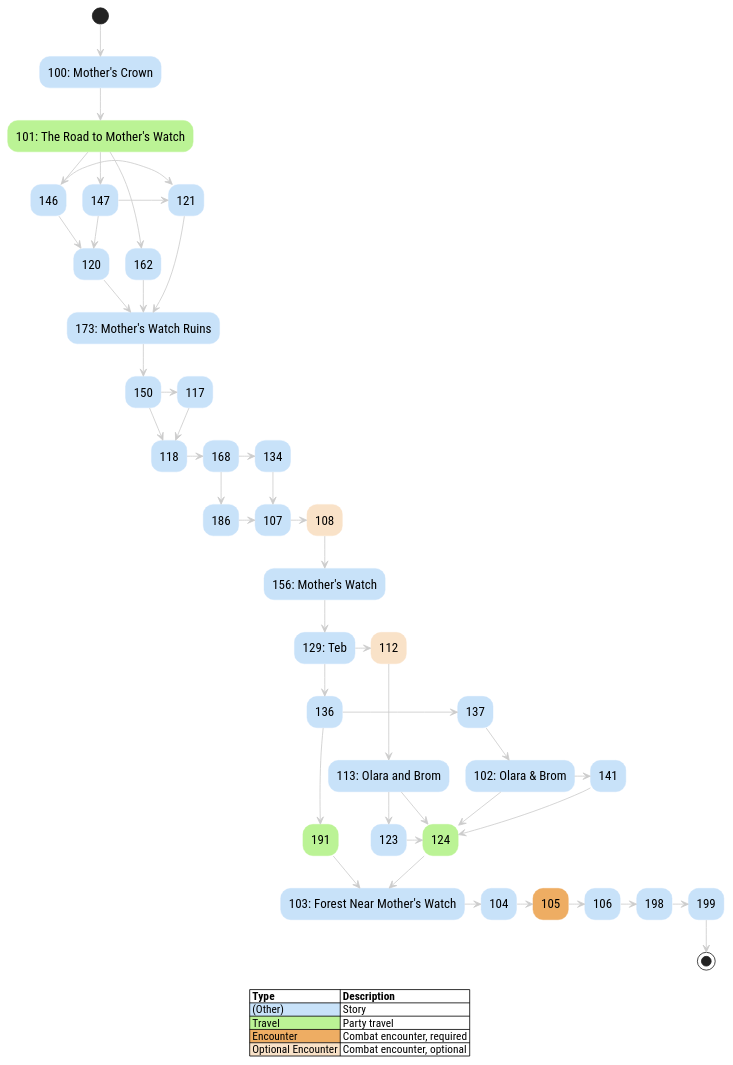
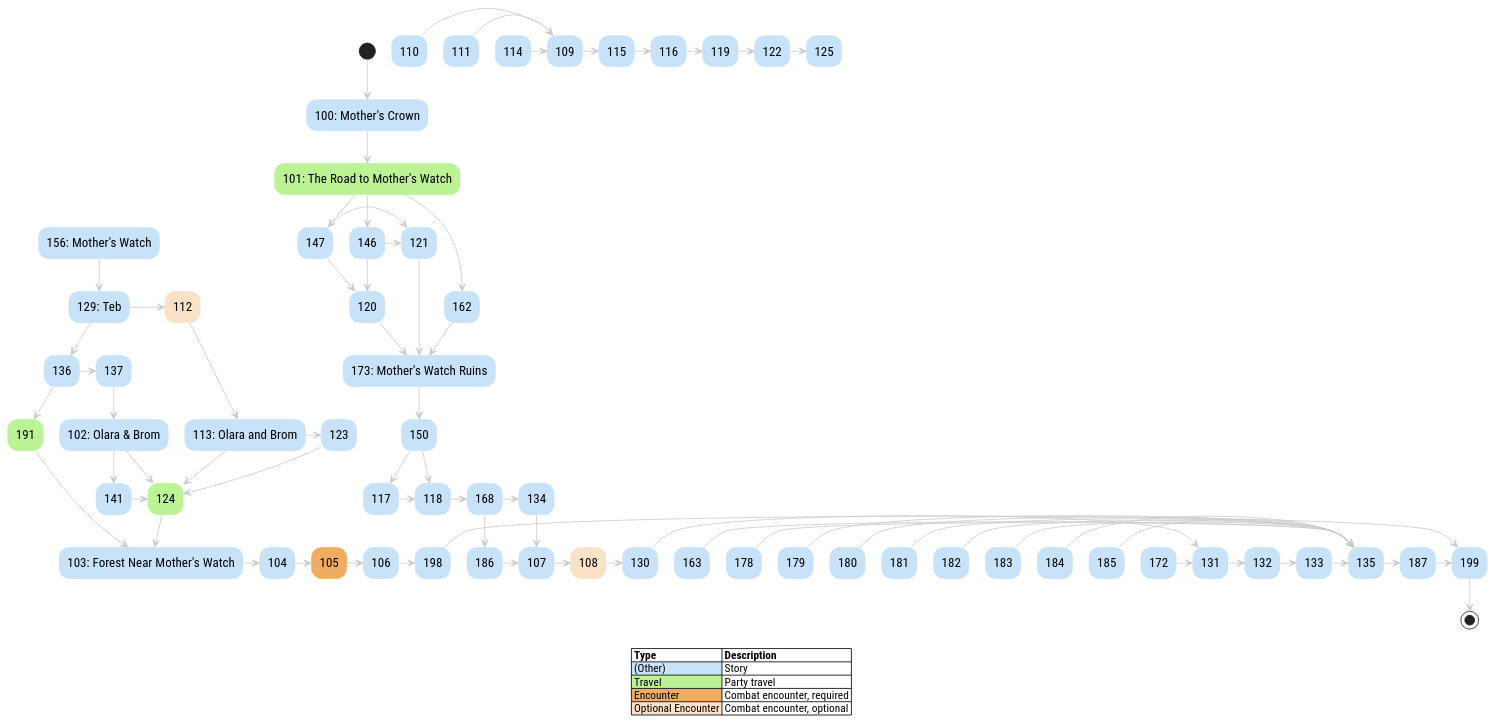
The diagram in assets/puml/story-iaso-graph.puml (rickosborne/skyline), drawn with PlantUML before and after one commit. The commit also changed 45 other files, not shown here.

```diff
--- a/assets/puml/story-iaso-graph.puml
+++ b/assets/puml/story-iaso-graph.puml
@@ -1,88 +1,112 @@
 @startuml
 
 ' title IASO Story Graph
 
 skinparam {
 	DefaultFontName Roboto Condensed
 	DefaultFontSize 16
 	shadowing false
 	HyperlinkUnderline false
 	HyperlinkColor #000000
 
 	
 	ArrowColor #cccccc
 	BackgroundColor #ffffff
 	
 	ActivityBackgroundColor #C8E2F9
 	ActivityBorderColor #C8E2F9
 
   ActivityBackgroundColor<<NotStarted>> #ffff99
   ActivityBorderColor<<NotStarted>> #ffff99
   ActivityBackgroundColor<<TODO>> #eeffcc
   ActivityBorderColor<<TODO>> #eeffcc
   ActivityBackgroundColor<<OptionalEncounter>> #F9E2C8
   ActivityBorderColor<<OptionalEncounter>> #F9E2C8
   ActivityBackgroundColor<<Encounter>> #EEAD63
   ActivityBorderColor<<Encounter>> #EEAD63
   ActivityBackgroundColor<<Travel>> #BBF395
   ActivityBorderColor<<Travel>> #BBF395
 	LegendBackgroundColor transparent
 	LegendBorderColor transparent
 	LegendBorderThickness 0
 }
 
 (*) --> "[[100-mothers-crown.html 100: Mother's Crown]]" as e100 
 e100 --> "[[101-road-to-mothers-watch.html 101: The Road to Mother's Watch]]" as e101 <<Travel>>
 e101 -> "[[146-scrappers-deaf.html 146]]" as e146 
 e101 --> "[[147-striders-blind.html 147]]" as e147 
 e101 --> "[[162-scrappers-surprise.html 162]]" as e162 
 "[[102-olaras-cave.html 102: Olara & Brom]]" as e102  -> "[[141-iaso-brom.html 141]]" as e141 
 e102 --> "[[124-back-to-mothers-watch.html 124]]" as e124 <<Travel>>
 "[[103-cardiac-event.html 103: Forest Near Mother's Watch]]" as e103  -> "[[104-clear.html 104]]" as e104 
 e104 -> "[[105-striders.html 105]]" as e105 <<Encounter>>
 e105 -> "[[106-all-mother-mountain.html 106]]" as e106 
 e106 -> "[[198-corruptor-module.html 198]]" as e198 
 "[[107-lab.html 107]]" as e107  -> "[[108-exit.html 108]]" as e108 <<OptionalEncounter>>
-e108 --> "[[156-mothers-watch.html 156: Mother's Watch]]" as e156 
+e108 -> "[[130-mothers-watch-afternoon.html 130]]" as e130 
+"[[109-dinner.html 109]]" as e109  -> "[[115-lodging.html 115]]" as e115 
+"[[110-carja-refugee-family.html 110]]" as e110  -> e109
+"[[111-tradespeople.html 111]]" as e111  -> e109
 "[[112-leave-tonight.html 112]]" as e112 <<OptionalEncounter>> --> "[[113-olara-and-brom-night.html 113: Olara and Brom]]" as e113 
 e113 -> "[[123-iaso-brom-olara.html 123]]" as e123 
 e113 --> e124
+"[[114-grethe-uln-jineko.html 114]]" as e114  -> e109
+e115 -> "[[116-logging.html 116]]" as e116 
+e116 -> "[[119-timber-and-striders.html 119]]" as e119 
 "[[117-medical-focus.html 117]]" as e117  -> "[[118-focus.html 118]]" as e118 
 e118 -> "[[168-power-wall.html 168]]" as e168 
+e119 -> "[[122-lumber-carts.html 122]]" as e122 
 "[[120-scrappers-incoming.html 120]]" as e120  --> "[[173-ruins-entrance.html 173: Mother's Watch Ruins]]" as e173 
 "[[121-scrappers-treeline.html 121]]" as e121  --> e173
+e122 -> "[[125-investigate.html 125]]" as e125 
 e123 -> e124
 e124 --> e103
 "[[129-teb.html 129: Teb]]" as e129  -> e112
 e129 --> "[[136-leave-tomorrow.html 136]]" as e136 
+e130 -> "[[131-jineko-focus.html 131]]" as e131 
+e131 -> "[[132-second-dinner.html 132]]" as e132 
+e132 -> "[[133-midnight.html 133]]" as e133 
+e133 -> "[[135-ruins-night.html 135]]" as e135 
 "[[134-synchronize.html 134]]" as e134  -> e107
+e135 -> "[[187-search-complete.html 187]]" as e187 
 e136 -> "[[137-leave-morning.html 137]]" as e137 
 e136 --> "[[191-not-interested.html 191]]" as e191 <<Travel>>
 e137 --> e102
 e141 -> e124
 e146 -> e121
 e146 --> e120
 e147 -> e121
 e147 --> e120
 "[[150-the-blinking-light.html 150]]" as e150  -> e117
 e150 --> e118
-e156 --> e129
+"[[156-mothers-watch.html 156: Mother's Watch]]" as e156  --> e129
 e162 --> e173
+"[[163-jineko-focus-night-bts.html 163]]" as e163  -> e135
 e168 -> e134
 e168 --> "[[186-no-synchronize.html 186]]" as e186 
+"[[172-jineko-focus-bts.html 172]]" as e172  -> e131
 e173 --> e150
+"[[178-ostealign.html 178]]" as e178  -> e135
+"[[179-nanopatch.html 179]]" as e179  -> e135
+"[[180-neural-interface.html 180]]" as e180  -> e135
+"[[181-hover-harness.html 181]]" as e181  -> e135
+"[[182-wheelchair.html 182]]" as e182  -> e135
+"[[183-hoverchair.html 183]]" as e183  -> e135
+"[[184-autosuture.html 184]]" as e184  -> e135
+"[[185-medbed.html 185]]" as e185  -> e135
 e186 -> e107
+e187 -> "[[199-what-next.html 199]]" as e199 
 e191 --> e103
-e198 -> "[[199-what-next.html 199]]" as e199 
+e198 -> e199
 e199 --> (*)
 
 legend
 |= Type |= Description |
 |<#C8E2F9> (Other) | Story |
 |<#BBF395> Travel | Party travel |
 |<#EEAD63> Encounter | Combat encounter, required |
 |<#F9E2C8> Optional Encounter | Combat encounter, optional |
 endlegend
 
 
 @enduml
```
